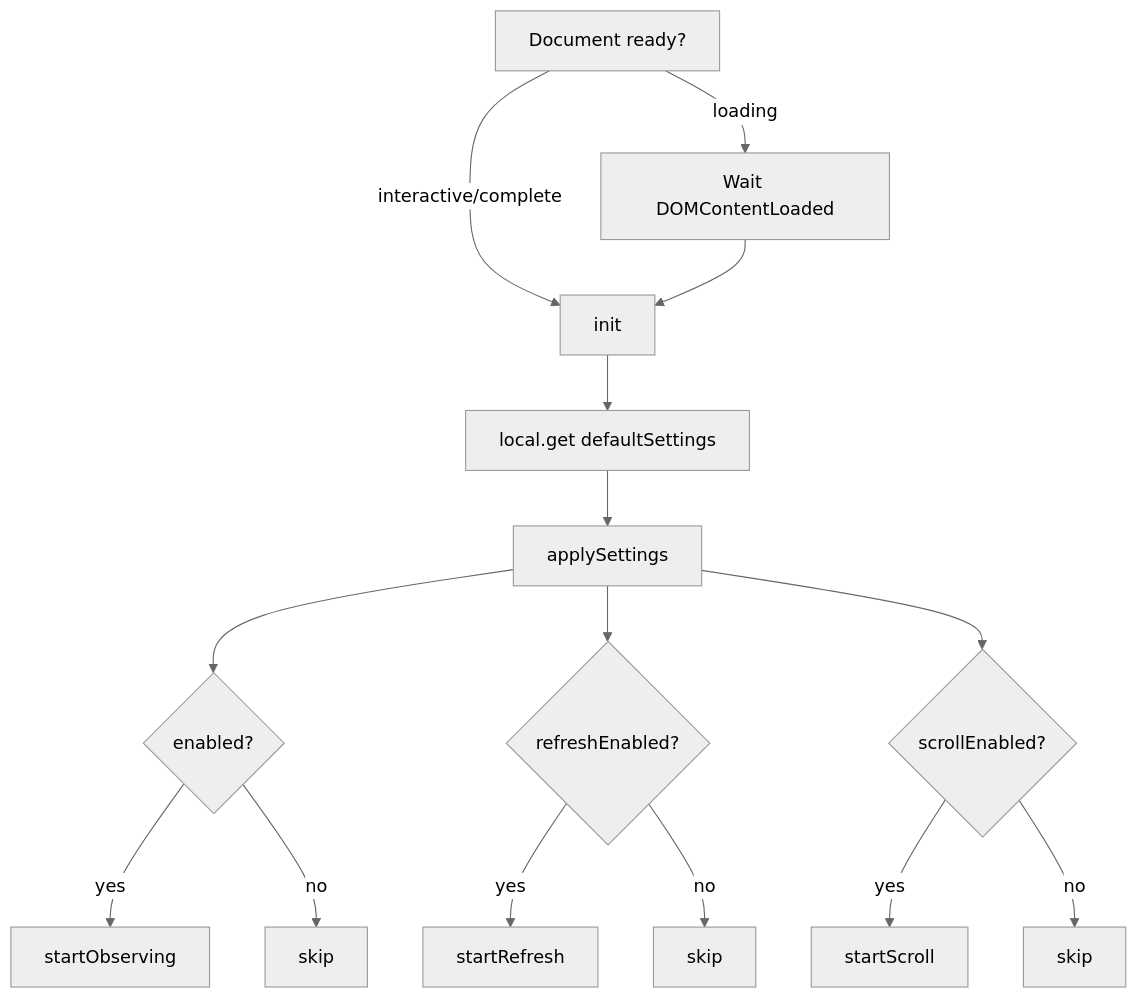
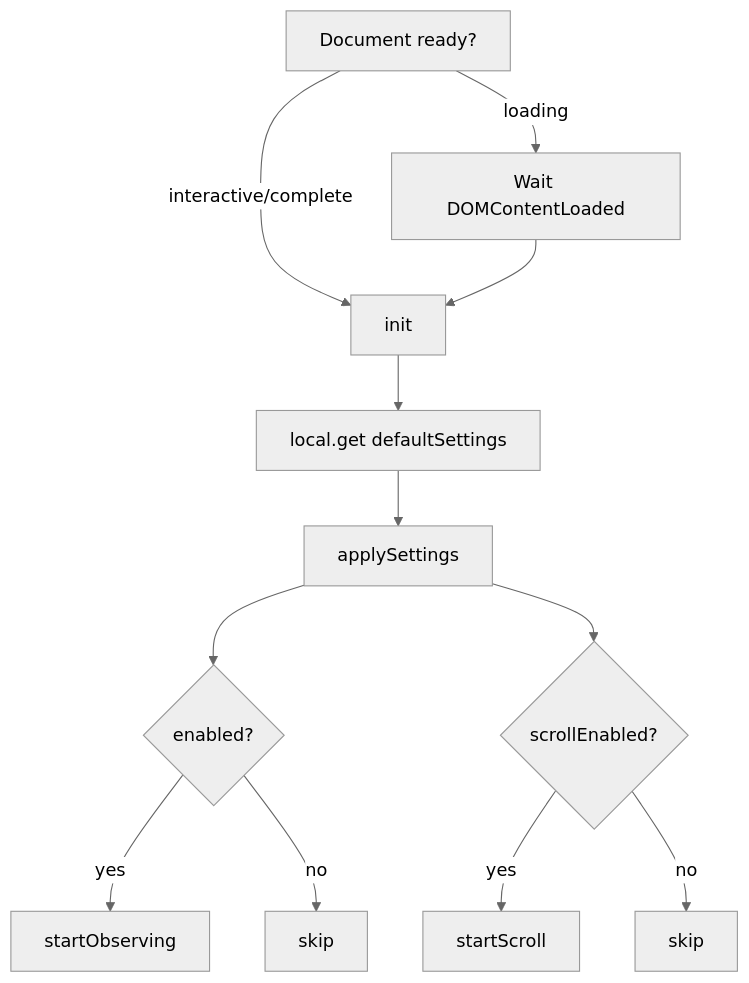
One commit to NeaByteLab/X-Boost changed the second of 4 diagrams in README.md. Above: the diagram before and after it, drawn with Mermaid (neutral theme). The commit also changed other lines of this file and 3 other files, not shown here.

````diff
--- a/README.md
+++ b/README.md
@@ -66,17 +66,14 @@
 ```mermaid
 flowchart TD
   A[Document ready?] -->|loading| B[Wait DOMContentLoaded]
   A -->|interactive/complete| C[init]
   B --> C
   C --> D[local.get defaultSettings]
   D --> E[applySettings]
   E --> F{enabled?}
   F -->|yes| G[startObserving]
   F -->|no| H[skip]
-  E --> I{refreshEnabled?}
-  I -->|yes| J[startRefresh]
+  E --> I{scrollEnabled?}
+  I -->|yes| J[startScroll]
   I -->|no| K[skip]
-  E --> L{scrollEnabled?}
-  L -->|yes| M[startScroll]
-  L -->|no| N[skip]
 ```
````
